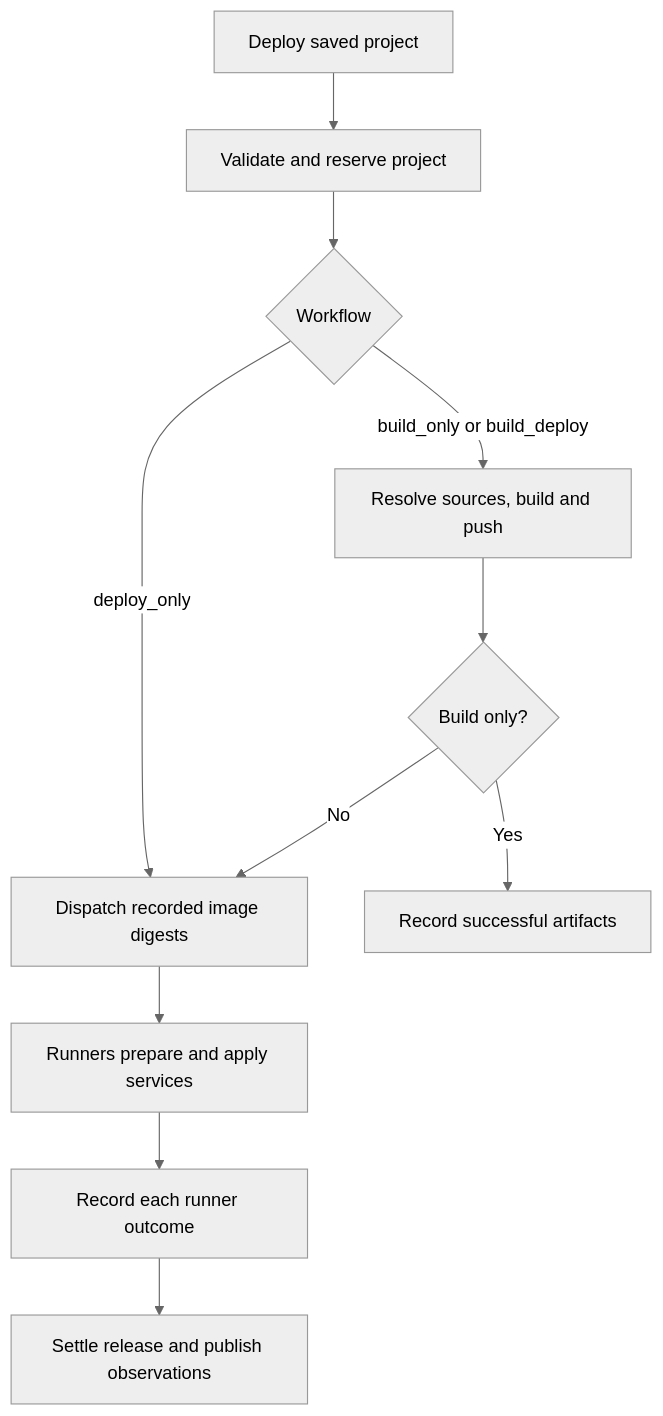
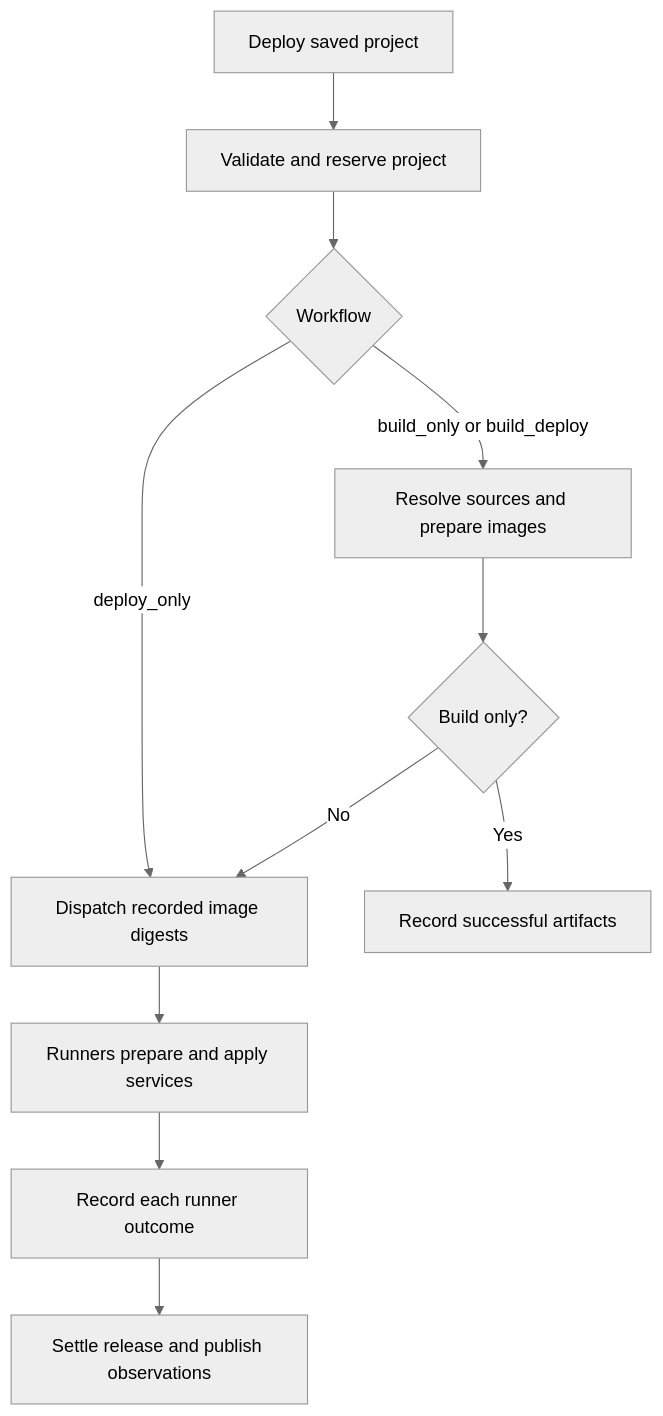
Before and after one commit to mustafanass/uruflow: the diagram in docs/deployments.md, drawn with Mermaid (neutral theme). The commit also changed other lines of this file and 79 other files, not shown here.

````diff
--- a/docs/deployments.md
+++ b/docs/deployments.md
@@ -11,13 +11,13 @@
 ```mermaid
 flowchart TD
     request[Deploy saved project] --> validate[Validate and reserve project]
     validate --> workflow{Workflow}
-    workflow -->|build_only or build_deploy| build[Resolve sources, build and push]
+    workflow -->|build_only or build_deploy| build[Resolve sources and prepare images]
     workflow -->|deploy_only| deploy[Dispatch recorded image digests]
     build --> buildonly{Build only?}
     buildonly -->|Yes| artifacts[Record successful artifacts]
     buildonly -->|No| deploy
     deploy --> runners[Runners prepare and apply services]
     runners --> outcomes[Record each runner outcome]
     outcomes --> settle[Settle release and publish observations]
 ```
````
